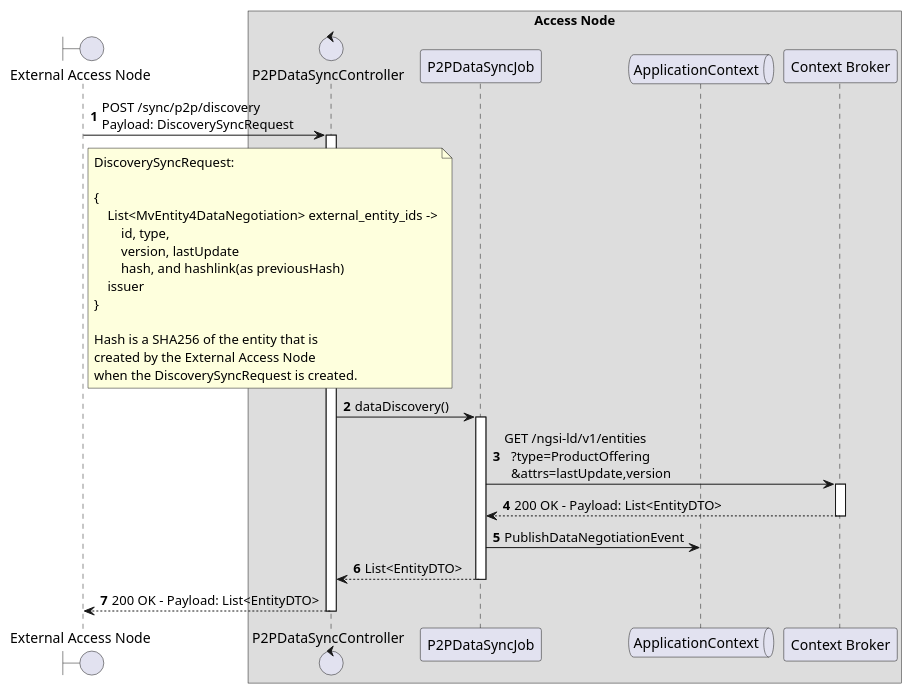
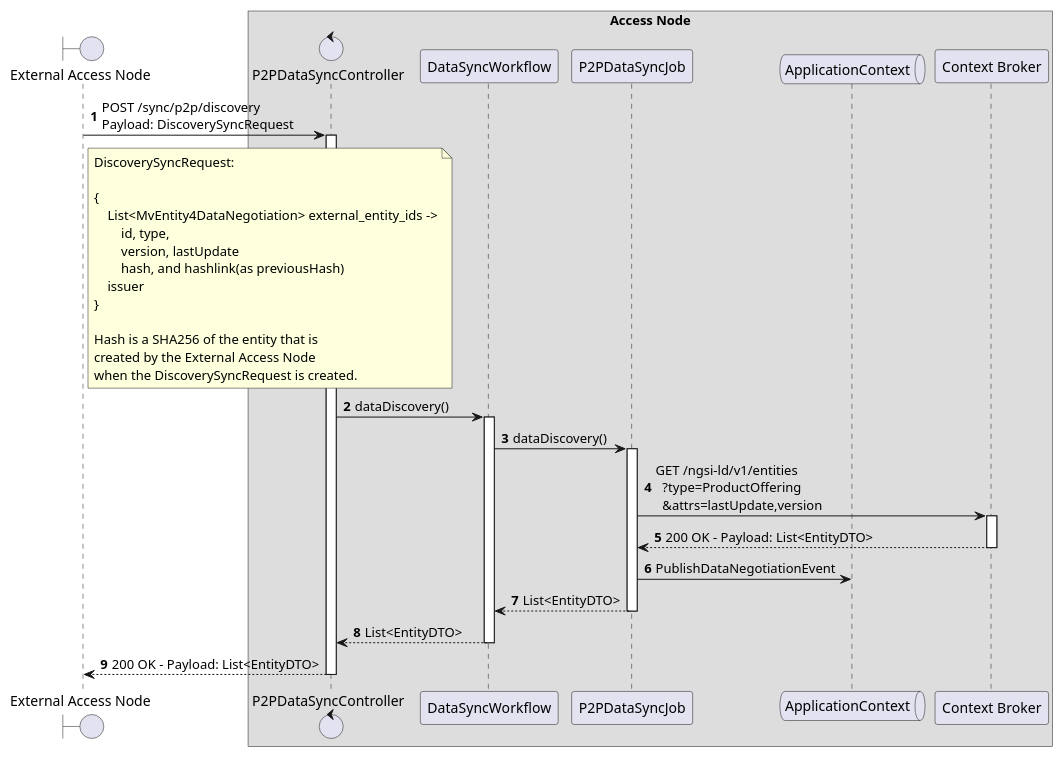
One commit to in2workspace/in2-guides changed the diagram in desmos-tech-doc/diagrams/p2p-sync-discovery-local.puml. Above: the diagram before and after it, drawn with PlantUML. The commit also changed 1 other file, not shown here.

Commit message:
fix(data-syncronization): add p2p data sync job in discovery diagram

```diff
--- a/desmos-tech-doc/diagrams/p2p-sync-discovery-local.puml
+++ b/desmos-tech-doc/diagrams/p2p-sync-discovery-local.puml
@@ -1,48 +1,51 @@
 @startuml
 'https://plantuml.com/sequence-diagram
 
 '---------- Config ----------------
 
 autonumber
 
 '---------- Header ----------------
 
 boundary "External Access Node" as ean
 
 box "Access Node"
 
   control "P2PDataSyncController" as p2pController
+  participant "DataSyncWorkflow" as p2p_data_sync_workflow
   participant "P2PDataSyncJob" as p2p_data_sync_job
   queue "ApplicationContext" as ac
   participant "Context Broker" as cb
 
 end box
 
 '---------- Diagram ----------------
 
 ean -> p2pController++: POST /sync/p2p/discovery \nPayload: DiscoverySyncRequest
 
 note right of ean
     DiscoverySyncRequest:
 
     {
         List<MvEntity4DataNegotiation> external_entity_ids ->
             id, type,
             version, lastUpdate
             hash, and hashlink(as previousHash)
         issuer
     }
 
     Hash is a SHA256 of the entity that is
     created by the External Access Node
     when the DiscoverySyncRequest is created.
 end note
 
-    p2pController -> p2p_data_sync_job++: dataDiscovery()
-        p2p_data_sync_job -> cb++: GET /ngsi-ld/v1/entities\n  ?type=ProductOffering\n  &attrs=lastUpdate,version
-        return 200 OK - Payload: List<EntityDTO>
-        p2p_data_sync_job -> ac: PublishDataNegotiationEvent
+    p2pController -> p2p_data_sync_workflow++: dataDiscovery()
+        p2p_data_sync_workflow -> p2p_data_sync_job++: dataDiscovery()
+            p2p_data_sync_job -> cb++: GET /ngsi-ld/v1/entities\n  ?type=ProductOffering\n  &attrs=lastUpdate,version
+            return 200 OK - Payload: List<EntityDTO>
+            p2p_data_sync_job -> ac: PublishDataNegotiationEvent
+        return List<EntityDTO>
     return List<EntityDTO>
 return 200 OK - Payload: List<EntityDTO>
 
 @enduml
```
